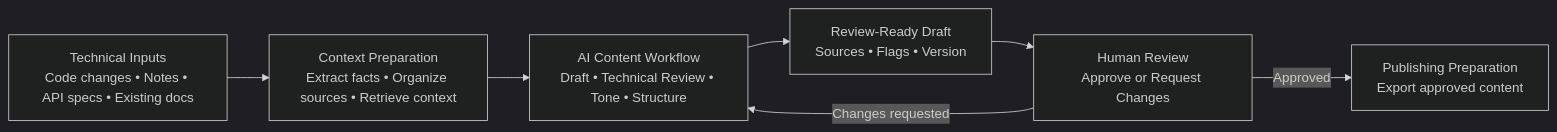
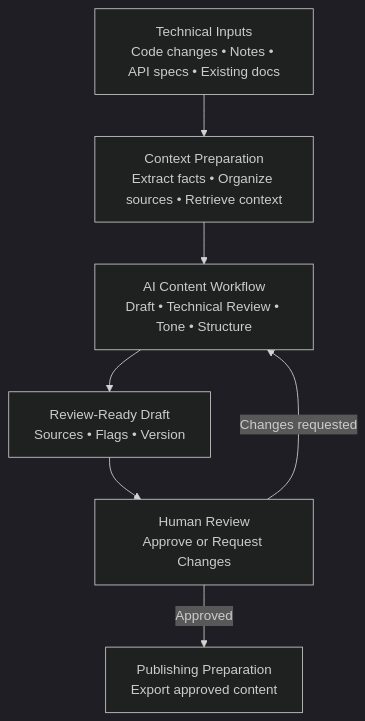
One commit to DarshanMathpal/gitlab-ai-content-engine changed the first of 4 diagrams in README.md. Above: the diagram before and after it, drawn with Mermaid (dark theme). The commit also changed other lines of this file, not shown here.

Commit message:
Modify flowchart direction and remove image
Updated flowchart direction from LR to TB and removed an image.

````diff
--- a/README.md
+++ b/README.md
@@ -36,13 +36,13 @@
 ```mermaid
-flowchart LR
+flowchart TB
     A["Technical Inputs<br/>Code changes • Notes • API specs • Existing docs"]
     B["Context Preparation<br/>Extract facts • Organize sources • Retrieve context"]
     C["AI Content Workflow<br/>Draft • Technical Review • Tone • Structure"]
     D["Review-Ready Draft<br/>Sources • Flags • Version"]
     E["Human Review<br/>Approve or Request Changes"]
     F["Publishing Preparation<br/>Export approved content"]
 
     A --> B --> C --> D --> E
     E -->|Changes requested| C
     E -->|Approved| F
 ```
````
